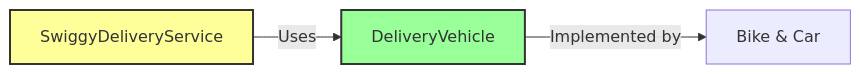
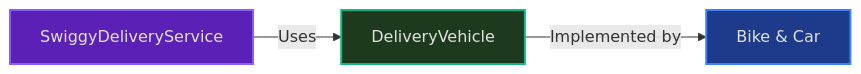
The fourth of 6 diagrams in Day01/SOLID Principals/README.md (Shree2604/LL-System-Design), drawn with Mermaid before and after one commit. The commit also changed other lines of this file and 3 other files, not shown here.

````diff
--- a/Day01/SOLID Principals/README.md
+++ b/Day01/SOLID Principals/README.md
@@ -94,8 +94,9 @@
 ```mermaid
 flowchart LR
     A[SwiggyDeliveryService] -->|Uses| B[DeliveryVehicle]
     B -->|Implemented by| C[Bike & Car]
     
-    style A fill:#ff9,stroke:#333,stroke-width:2px
-    style B fill:#9f9,stroke:#333,stroke-width:2px
+    style A fill:#5b21b6,stroke:#8b5cf6,color:#e0e0e0,stroke-width:2px
+    style B fill:#1e3a1e,stroke:#10b981,color:#e0e0e0,stroke-width:2px
+    style C fill:#1e3a8a,stroke:#3b82f6,color:#e0e0e0,stroke-width:2px
 ```
````
